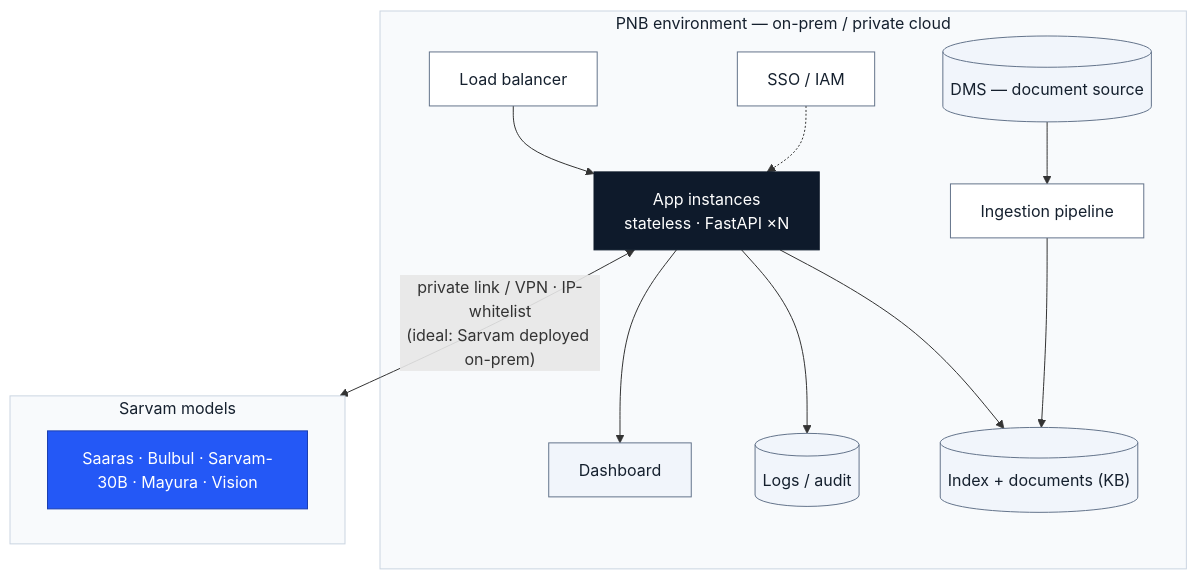
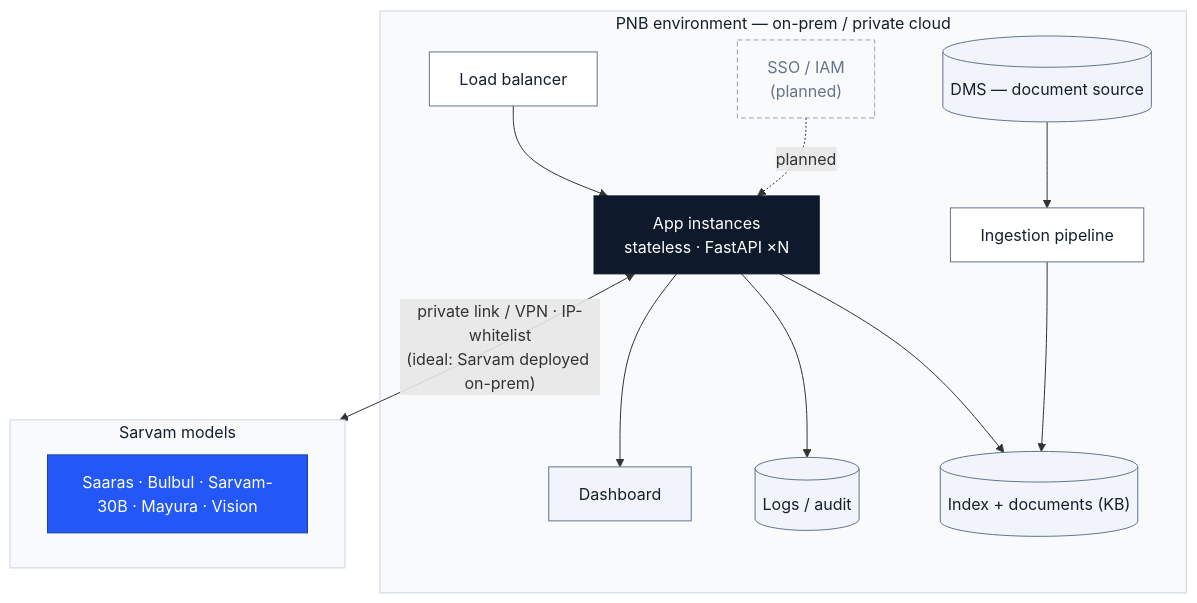
One commit to vihb09/pnb-sahayak changed the sixth of 6 diagrams in docs/architecture.md. Above: the diagram before and after it, drawn with Mermaid. The commit also changed other lines of this file and 2 other files, not shown here.

First line of the commit message:
Mark SSO/IAM as planned (not built) in the architecture doc & diagrams

````diff
--- a/docs/architecture.md
+++ b/docs/architecture.md
@@ -304,30 +305,31 @@
 ```mermaid
 flowchart TB
     subgraph BANK["PNB environment — on-prem / private cloud"]
         LB["Load balancer"]:::neutral
         APPN["App instances<br/>stateless · FastAPI ×N"]:::app
         IDXS[("Index + documents (KB)")]:::store
         LOGS[("Logs / audit")]:::store
         DASHS["Dashboard"]:::store
-        IAM["SSO / IAM"]:::neutral
+        IAM["SSO / IAM<br/>(planned)"]:::planned
         DMS[("DMS — document source")]:::store
         ING["Ingestion pipeline"]:::neutral
         LB --> APPN
         APPN --> IDXS
         APPN --> LOGS
         APPN --> DASHS
-        IAM -.-> APPN
+        IAM -.->|planned| APPN
         DMS --> ING --> IDXS
     end
     subgraph SARV["Sarvam models"]
         M1["Saaras · Bulbul · Sarvam-30B · Mayura · Vision"]:::sarvam
     end
     APPN <-->|"private link / VPN · IP-whitelist<br/>(ideal: Sarvam deployed on-prem)"| SARV
 
     classDef app fill:#0E1A2B,stroke:#0E1A2B,color:#ffffff;
     classDef sarvam fill:#2458F6,stroke:#1B3FB0,color:#ffffff;
     classDef neutral fill:#FFFFFF,stroke:#64748B,color:#15202E;
     classDef store fill:#F1F5FB,stroke:#64748B,color:#15202E;
+    classDef planned fill:#F8FAFC,stroke:#94A3B8,color:#64748B,stroke-dasharray:5 3;
     style BANK fill:#F8FAFC,stroke:#CBD5E1,color:#15202E
     style SARV fill:#F8FAFC,stroke:#CBD5E1,color:#15202E
 ```
````
